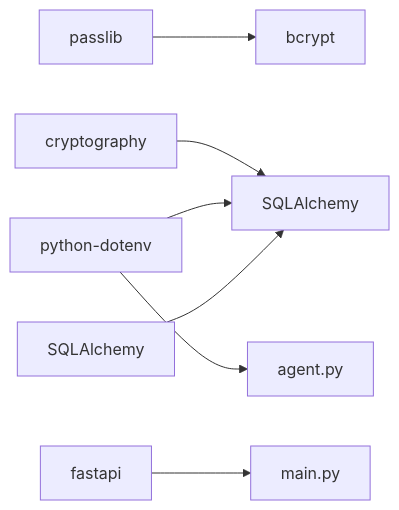
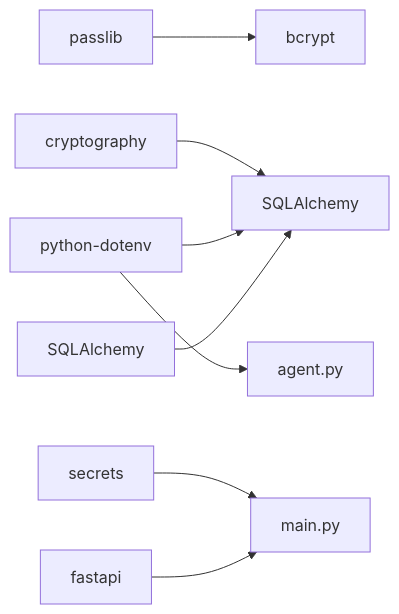
One commit to vinhle-HCMUT/MuseAmigo_API changed the fourth of 4 diagrams in .qoder/repowiki/en/content/Security & Authentication.md. Above: the diagram before and after it, drawn with Mermaid. The commit also changed other lines of this file and 5 other files, not shown here.

````diff
--- a/.qoder/repowiki/en/content/Security & Authentication.md
+++ b/.qoder/repowiki/en/content/Security & Authentication.md
@@ -252,9 +342,10 @@
 ```mermaid
 graph LR
 PASSLIB["passlib"] --> BC["bcrypt"]
 CRYPTO["cryptography"] --> DB["SQLAlchemy"]
 DOTENV["python-dotenv"] --> DB
 DOTENV --> AG["agent.py"]
-FASTAPI["fastapi"] --> MAIN["main.py"]
+SECRETS["secrets"] --> MAIN["main.py"]
+FASTAPI["fastapi"] --> MAIN
 SQLA["SQLAlchemy"] --> DB
 ```
````
